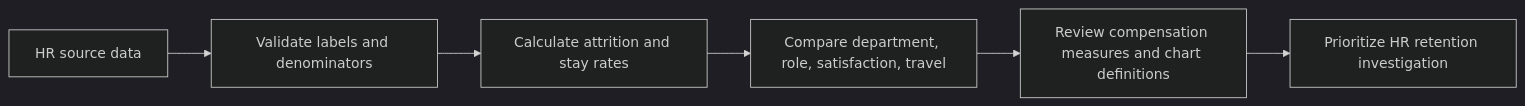
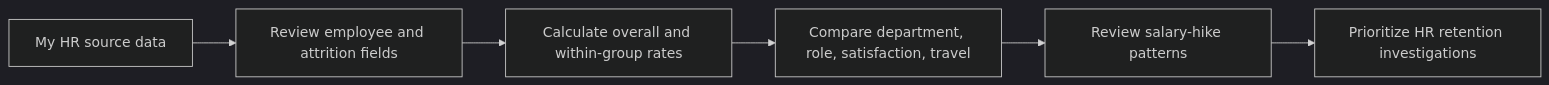
Before and after one commit to vamruthala/employee-attrition-hr-analytics: the diagram in README.md, drawn with Mermaid (dark theme). The commit also changed other lines of this file, not shown here.

````diff
--- a/README.md
+++ b/README.md
@@ -13,8 +15,8 @@
 ```mermaid
 flowchart LR
-  A[HR source data] --> B[Validate labels and denominators]
-  B --> C[Calculate attrition and stay rates]
+  A[My HR source data] --> B[Review employee and attrition fields]
+  B --> C[Calculate overall and within-group rates]
   C --> D[Compare department, role, satisfaction, travel]
-  D --> E[Review compensation measures and chart definitions]
-  E --> F[Prioritize HR retention investigation]
+  D --> E[Review salary-hike patterns]
+  E --> F[Prioritize HR retention investigations]
 ```
````
